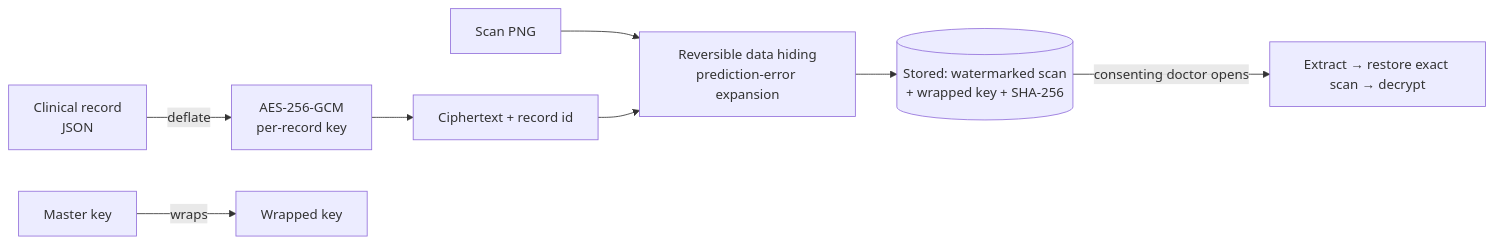
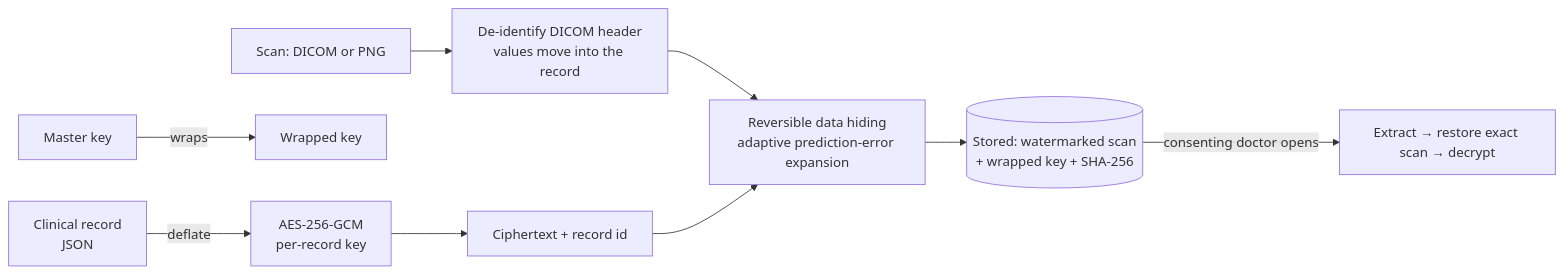
One commit to Vishwanathanirv/Privacy-Preserving-Medical-Records-Storage changed the diagram in README.md. Above: the diagram before and after it, drawn with Mermaid. The commit also changed other lines of this file and 27 other files, not shown here.

````diff
--- a/README.md
+++ b/README.md
@@ -31,10 +41,11 @@
 ```mermaid
 flowchart LR
   R[Clinical record<br/>JSON] -->|deflate| E[AES-256-GCM<br/>per-record key]
   K[Master key] -->|wraps| W[Wrapped key]
   E --> P[Ciphertext + record id]
-  S[Scan PNG] --> H[Reversible data hiding<br/>prediction-error expansion]
+  S[Scan: DICOM or PNG] --> D[De-identify DICOM header<br/>values move into the record]
+  D --> H[Reversible data hiding<br/>adaptive prediction-error expansion]
   P --> H
   H --> ST[(Stored: watermarked scan<br/>+ wrapped key + SHA-256)]
   ST -->|consenting doctor opens| X[Extract → restore exact scan → decrypt]
 ```
````
